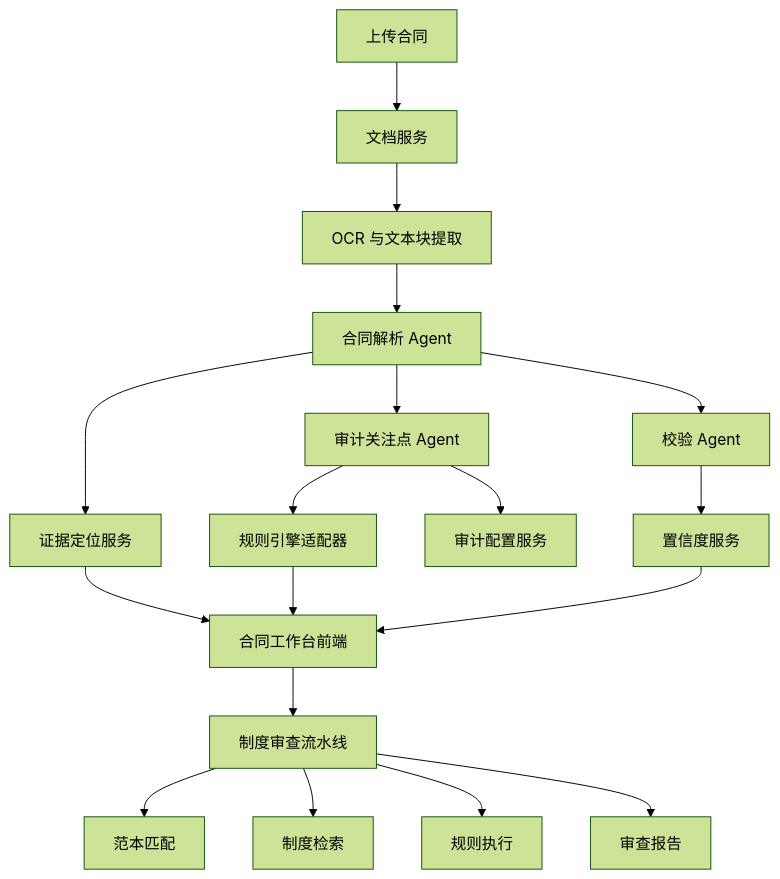
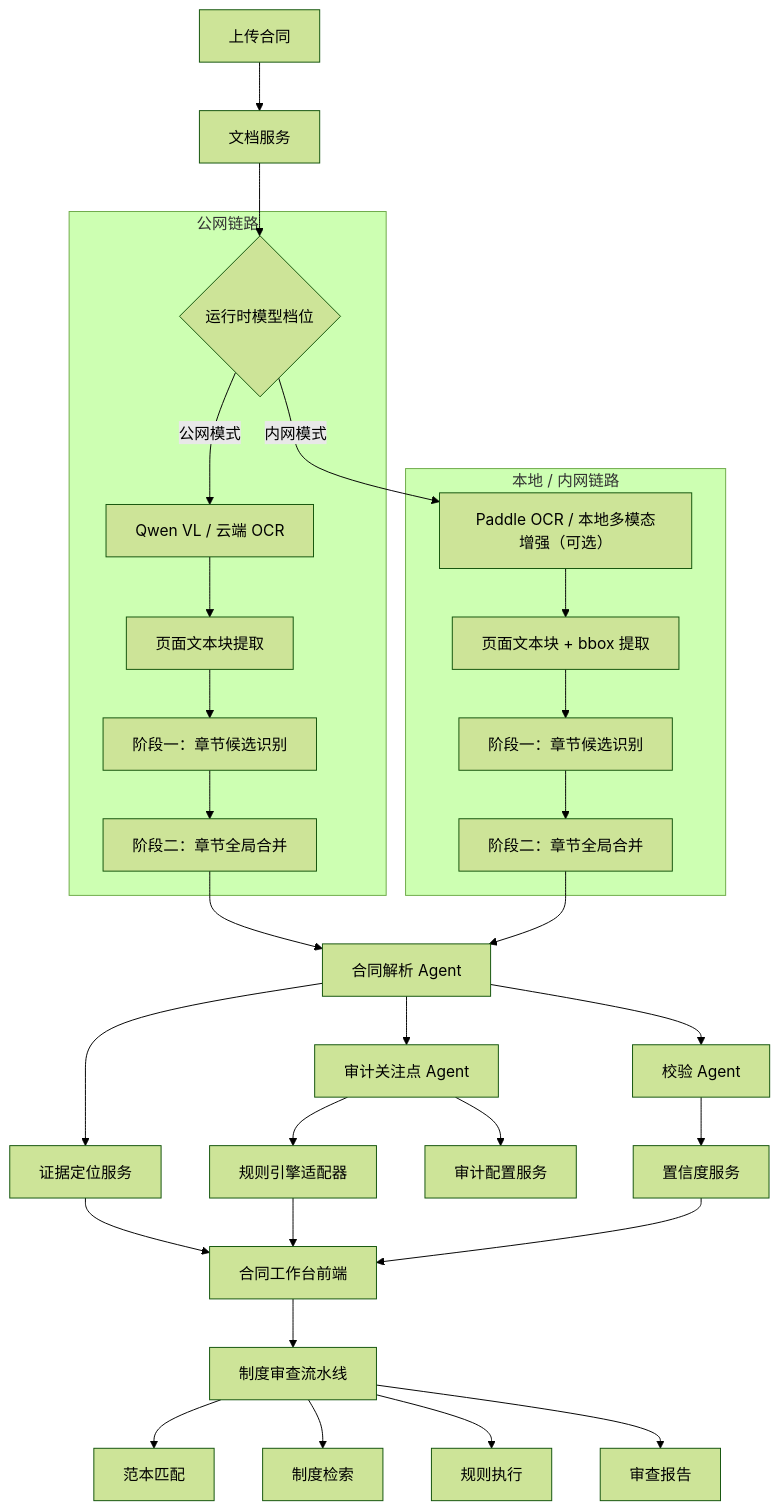
The diagram in docs/architecture.md (teachershuang/Audit-Agent-Demo-Kit), drawn with Mermaid (forest theme) before and after one commit. The commit also changed other lines of this file and 4 other files, not shown here.

Commit message:
feat: add two-stage section reconstruction flow

````diff
--- a/docs/architecture.md
+++ b/docs/architecture.md
@@ -15,20 +15,36 @@
 ```mermaid
 flowchart TD
     A["上传合同"] --> B["文档服务"]
-    B --> C["OCR 与文本块提取"]
-    C --> D["合同解析 Agent"]
+    B --> C{"运行时模型档位"}
+
+    subgraph Cloud["公网链路"]
+        C -->|公网模式| C1["Qwen VL / 云端 OCR"]
+        C1 --> C2["页面文本块提取"]
+        C2 --> C3["阶段一：章节候选识别"]
+        C3 --> C4["阶段二：章节全局合并"]
+    end
+
+    subgraph Local["本地 / 内网链路"]
+        C -->|内网模式| L1["Paddle OCR / 本地多模态增强（可选）"]
+        L1 --> L2["页面文本块 + bbox 提取"]
+        L2 --> L3["阶段一：章节候选识别"]
+        L3 --> L4["阶段二：章节全局合并"]
+    end
+
+    C4 --> D["合同解析 Agent"]
+    L4 --> D
     D --> E["证据定位服务"]
     D --> F["审计关注点 Agent"]
     D --> G["校验 Agent"]
     F --> H["规则引擎适配器"]
     F --> I["审计配置服务"]
     G --> J["置信度服务"]
     E --> K["合同工作台前端"]
     H --> K
     J --> K
     K --> L["制度审查流水线"]
     L --> M["范本匹配"]
     L --> N["制度检索"]
     L --> O["规则执行"]
     L --> P["审查报告"]
 ```
````
